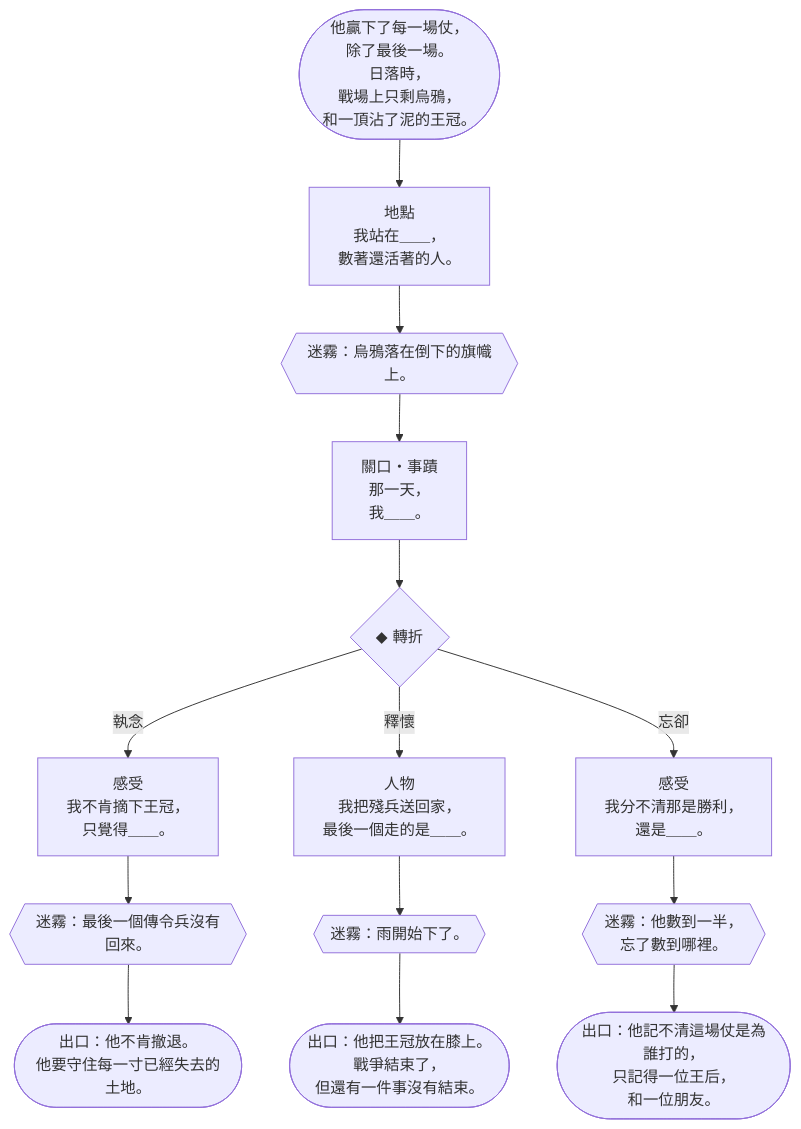
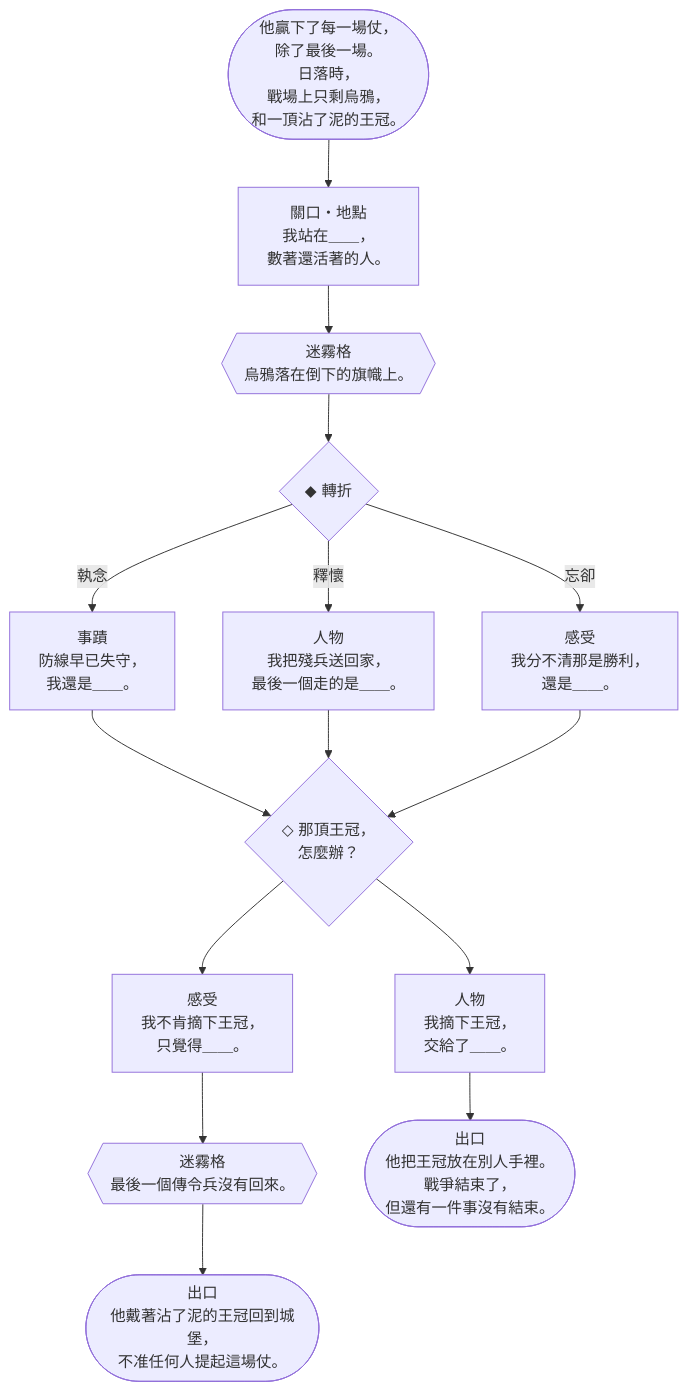
Before and after one commit to Ralph-Liu-Hub/Boardgame-Netherbloom: the seventh of 15 diagrams in docs/design/V5-storybooks.zh-TW.md, drawn with Mermaid. The commit also changed other lines of this file, not shown here.

````diff
--- a/docs/design/V5-storybooks.zh-TW.md
+++ b/docs/design/V5-storybooks.zh-TW.md
@@ -482,9 +628,29 @@
 ```mermaid
 flowchart TD
-  c0E(["他贏下了每一場仗，<br>除了最後一場。<br>日落時，<br>戰場上只剩烏鴉，<br>和一頂沾了泥的王冠。"]) --> c0A
-  c0A["地點<br>我站在＿＿，<br>數著還活著的人。"] --> c0M{{"迷霧：烏鴉落在倒下的旗幟上。"}}
-  c0M --> c0B["關口・事蹟<br>那一天，<br>我＿＿。"] --> c0T{"◆ 轉折"}
-  c0T -- 執念 --> c0C0["感受<br>我不肯摘下王冠，<br>只覺得＿＿。"] --> c0X0{{"迷霧：最後一個傳令兵沒有回來。"}} --> c0O0(["出口：他不肯撤退。<br>他要守住每一寸已經失去的土地。"])
-  c0T -- 釋懷 --> c0C1["人物<br>我把殘兵送回家，<br>最後一個走的是＿＿。"] --> c0X1{{"迷霧：雨開始下了。"}} --> c0O1(["出口：他把王冠放在膝上。<br>戰爭結束了，<br>但還有一件事沒有結束。"])
-  c0T -- 忘卻 --> c0C2["感受<br>我分不清那是勝利，<br>還是＿＿。"] --> c0X2{{"迷霧：他數到一半，<br>忘了數到哪裡。"}} --> c0O2(["出口：他記不清這場仗是為誰打的，<br>只記得一位王后，<br>和一位朋友。"])
+  c0E(["他贏下了每一場仗，<br>除了最後一場。<br>日落時，<br>戰場上只剩烏鴉，<br>和一頂沾了泥的王冠。"]) --> c0a
+  c0a["關口・地點<br>我站在＿＿，<br>數著還活著的人。"]
+  c0a --> c0x1
+  c0x1{{"迷霧格<br>烏鴉落在倒下的旗幟上。"}}
+  c0x1 --> c0f
+  c0f{"◆ 轉折"}
+  c0f -- 執念 --> c0c1
+  c0f -- 釋懷 --> c0c2
+  c0f -- 忘卻 --> c0c3
+  c0c1["事蹟<br>防線早已失守，<br>我還是＿＿。"]
+  c0c1 --> c0p1
+  c0c2["人物<br>我把殘兵送回家，<br>最後一個走的是＿＿。"]
+  c0c2 --> c0p1
+  c0c3["感受<br>我分不清那是勝利，<br>還是＿＿。"]
+  c0c3 --> c0p1
+  c0p1{"◇ 那頂王冠，<br>怎麼辦？"}
+  c0p1 --> c0d1
+  c0p1 --> c0d2
+  c0d1["感受<br>我不肯摘下王冠，<br>只覺得＿＿。"]
+  c0d1 --> c0x2
+  c0x2{{"迷霧格<br>最後一個傳令兵沒有回來。"}}
+  c0x2 --> c0o1
+  c0d2["人物<br>我摘下王冠，<br>交給了＿＿。"]
+  c0d2 --> c0o2
+  c0o1(["出口<br>他戴著沾了泥的王冠回到城堡，<br>不准任何人提起這場仗。"])
+  c0o2(["出口<br>他把王冠放在別人手裡。<br>戰爭結束了，<br>但還有一件事沒有結束。"])
 ```
````
